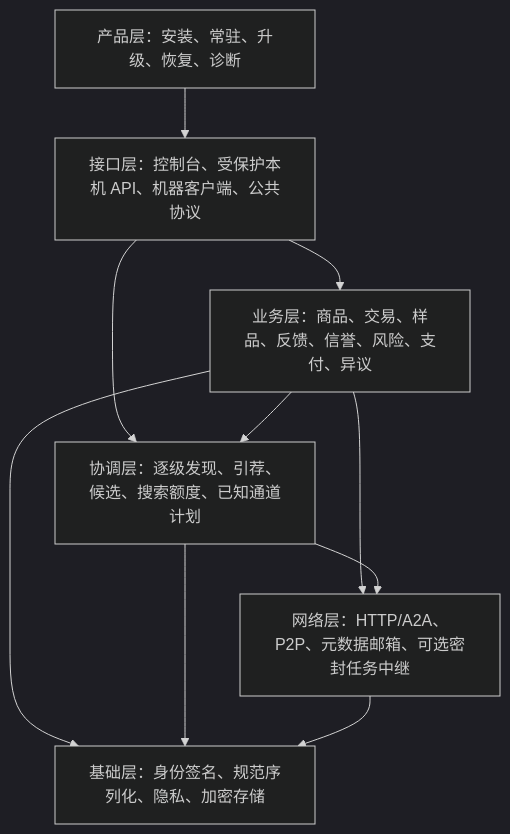
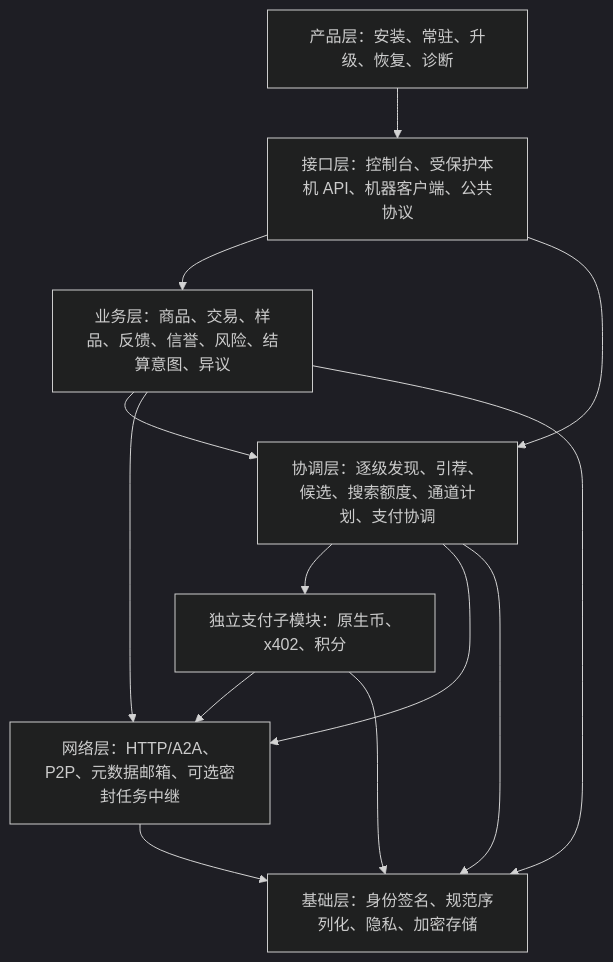
The first of 3 diagrams in docs/VISION-ARCHITECTURE-DESIGN.md (denggl123/a2a), drawn with Mermaid (dark theme) before and after one commit. The commit also changed other lines of this file and 156 other files, not shown here.

````diff
--- a/docs/VISION-ARCHITECTURE-DESIGN.md
+++ b/docs/VISION-ARCHITECTURE-DESIGN.md
@@ -22,18 +24,22 @@
 ```mermaid
 flowchart TB
     P[产品层：安装、常驻、升级、恢复、诊断]
     I[接口层：控制台、受保护本机 API、机器客户端、公共协议]
-    B[业务层：商品、交易、样品、反馈、信誉、风险、支付、异议]
-    C[协调层：逐级发现、引荐、候选、搜索额度、已知通道计划]
+    B[业务层：商品、交易、样品、反馈、信誉、风险、结算意图、异议]
+    C[协调层：逐级发现、引荐、候选、搜索额度、通道计划、支付协调]
+    M[独立支付子模块：原生币、x402、积分]
     N[网络层：HTTP/A2A、P2P、元数据邮箱、可选密封任务中继]
     F[基础层：身份签名、规范序列化、隐私、加密存储]
     P --> I
     I --> B
     I --> C
     B --> C
+    C --> M
+    M --> N
+    M --> F
     B --> N
     C --> N
     B --> F
     C --> F
     N --> F
 ```
````
